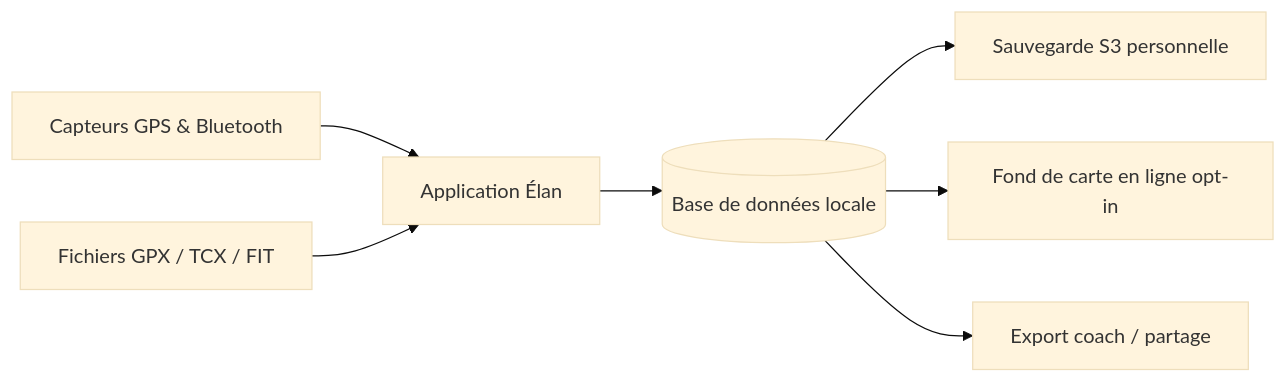
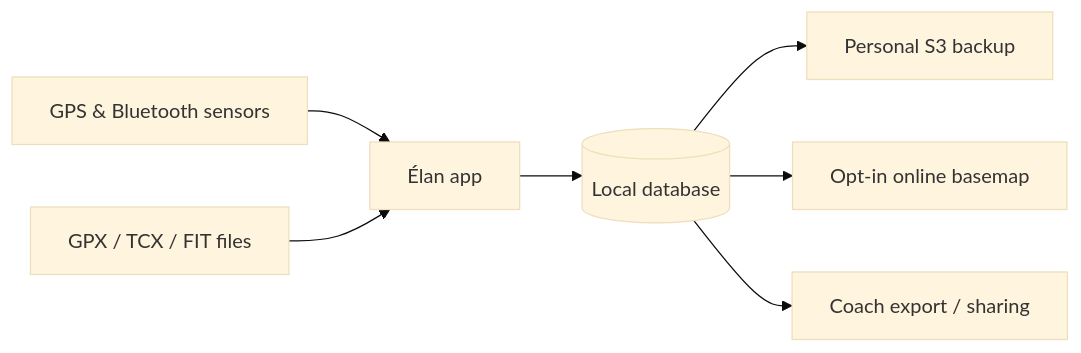
The first of 2 diagrams in README.md (Wifsimster/elan), drawn with Mermaid (base theme) before and after one commit. The commit also changed other lines of this file, not shown here.

````diff
--- a/README.md
+++ b/README.md
@@ -100,9 +100,9 @@
 ```mermaid
 graph LR
-    A[Capteurs GPS & Bluetooth] --> B[Application Élan]
-    F[Fichiers GPX / TCX / FIT] --> B
-    B --> C[(Base de données locale)]
-    C --> D[Sauvegarde S3 personnelle]
-    C --> E[Fond de carte en ligne opt-in]
-    C --> G[Export coach / partage]
+    A[GPS & Bluetooth sensors] --> B[Élan app]
+    F[GPX / TCX / FIT files] --> B
+    B --> C[(Local database)]
+    C --> D[Personal S3 backup]
+    C --> E[Opt-in online basemap]
+    C --> G[Coach export / sharing]
 ```
````
